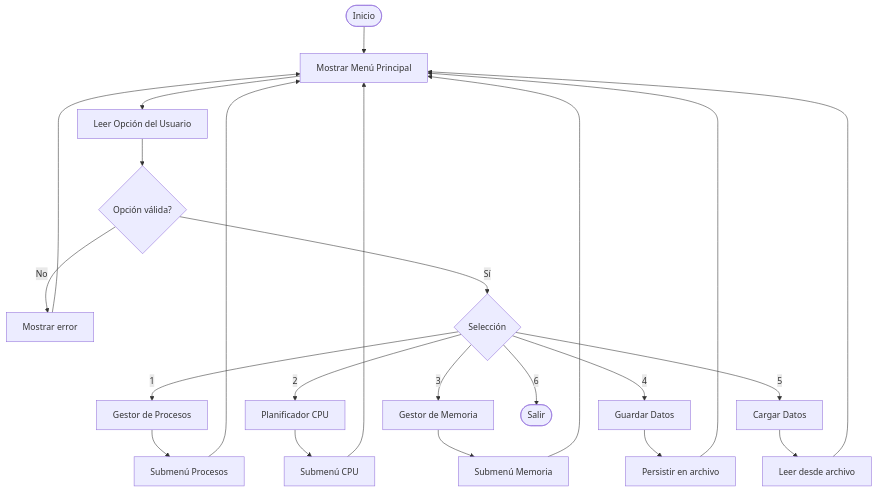
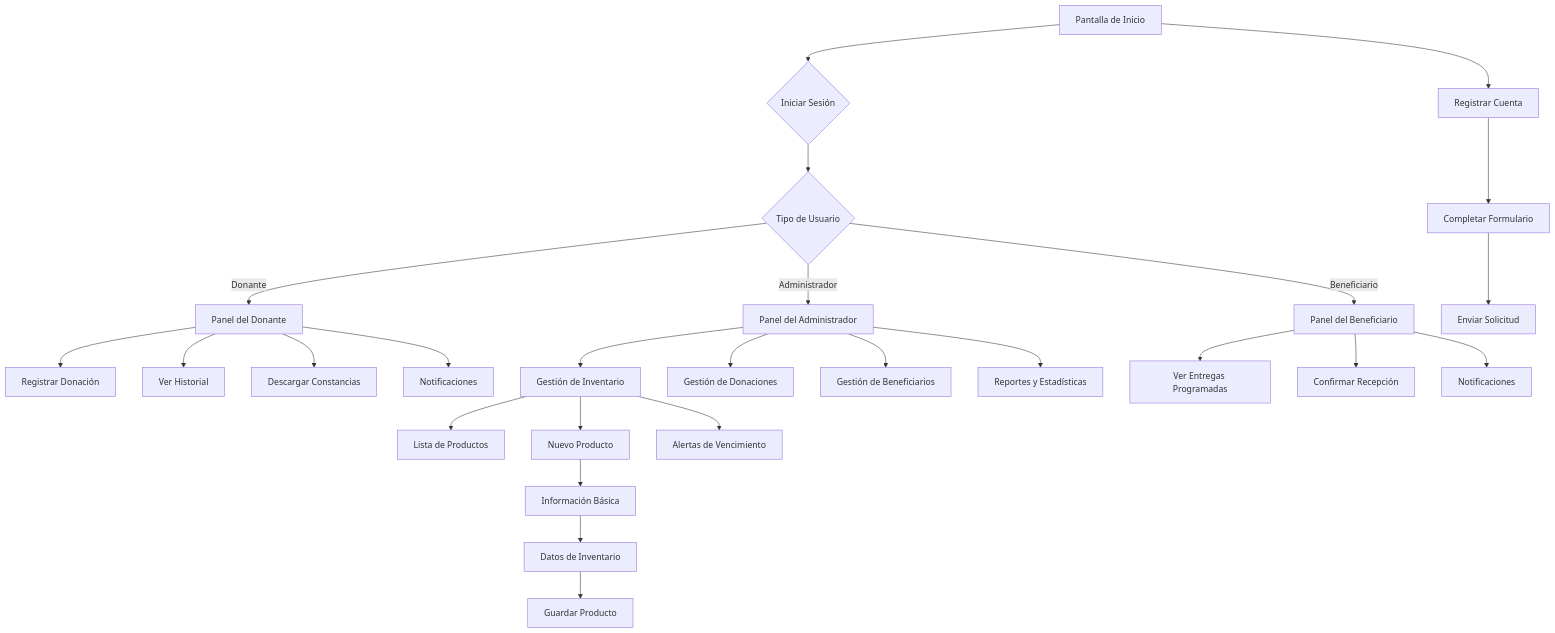
The eighth of 10 diagrams in Diagramas.md (71695730-rgb/grupo5), drawn with Mermaid before and after one commit. The commit also changed other lines of this file, not shown here.

````diff
--- a/Diagramas.md
+++ b/Diagramas.md
@@ -31,25 +385,36 @@
 ```mermaid
-flowchart TD
-    Start([Inicio]) --> Menu[Mostrar Menú Principal]
-    Menu --> Input[Leer Opción del Usuario]
-    Input --> Decision{Opción válida?}
-    Decision -->|No| Error[Mostrar error]
-    Error --> Menu
-    Decision -->|Sí| Switch{Selección}
-    Switch -->|1| GestProc[Gestor de Procesos]
-    Switch -->|2| PlanCPU[Planificador CPU]
-    Switch -->|3| GestMem[Gestor de Memoria]
-    Switch -->|4| Guardar[Guardar Datos]
-    Switch -->|5| Cargar[Cargar Datos]
-    Switch -->|6| End([Salir])
-    GestProc --> SubMenu1[Submenú Procesos]
-    PlanCPU --> SubMenu2[Submenú CPU]
-    GestMem --> SubMenu3[Submenú Memoria]
-    Guardar --> GuardarArchivo[Persistir en archivo]
-    Cargar --> CargarArchivo[Leer desde archivo]
-    SubMenu1 --> Menu
-    SubMenu2 --> Menu
-    SubMenu3 --> Menu
-    GuardarArchivo --> Menu
-    CargarArchivo --> Menu
+graph TD
+    A[Pantalla de Inicio] --> B{Iniciar Sesión}
+    A --> C[Registrar Cuenta]
+    
+    B --> D{Tipo de Usuario}
+    
+    D -->|Donante| E[Panel del Donante]
+    D -->|Administrador| F[Panel del Administrador]
+    D -->|Beneficiario| G[Panel del Beneficiario]
+    
+    E --> E1[Registrar Donación]
+    E --> E2[Ver Historial]
+    E --> E3[Descargar Constancias]
+    E --> E4[Notificaciones]
+    
+    F --> F1[Gestión de Inventario]
+    F --> F2[Gestión de Donaciones]
+    F --> F3[Gestión de Beneficiarios]
+    F --> F4[Reportes y Estadísticas]
+    
+    F1 --> F1A[Lista de Productos]
+    F1 --> F1B[Nuevo Producto]
+    F1 --> F1C[Alertas de Vencimiento]
+    
+    F1B --> F1B1[Información Básica]
+    F1B1 --> F1B2[Datos de Inventario]
+    F1B2 --> F1B3[Guardar Producto]
+    
+    G --> G1[Ver Entregas Programadas]
+    G --> G2[Confirmar Recepción]
+    G --> G3[Notificaciones]
+    
+    C --> C1[Completar Formulario]
+    C1 --> C2[Enviar Solicitud]
 ```
````
